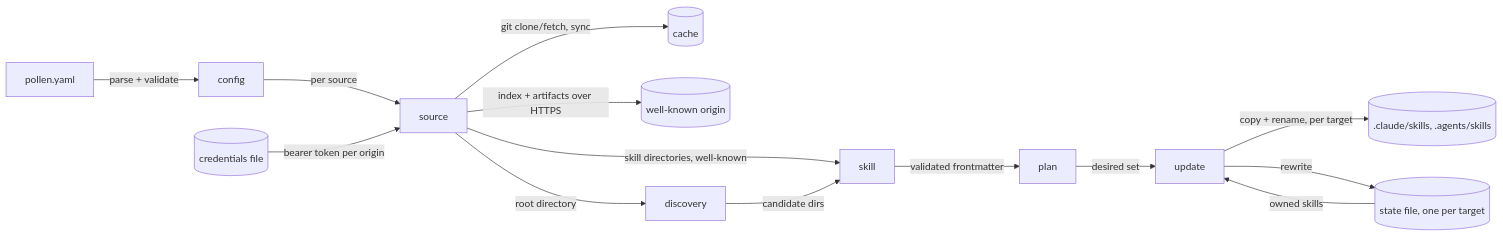
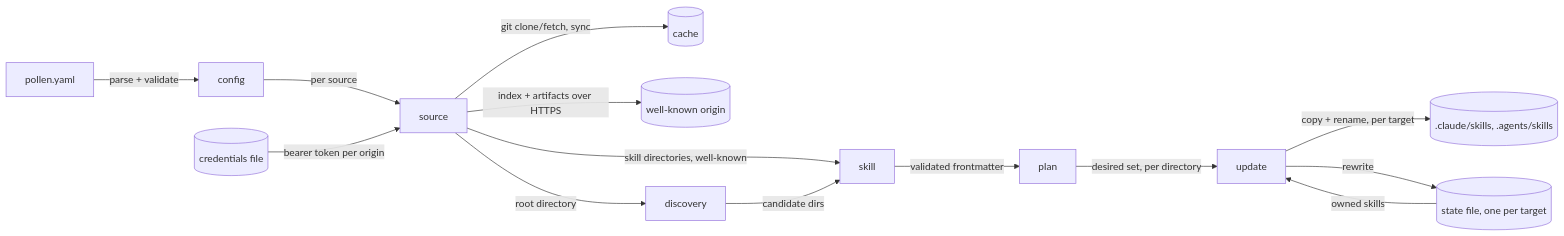
One commit to groupbees/pollen changed the diagram in ARCHITECTURE.md. Above: the diagram before and after it, drawn with Mermaid. The commit also changed other lines of this file and 28 other files, not shown here.

````diff
--- a/ARCHITECTURE.md
+++ b/ARCHITECTURE.md
@@ -15,16 +15,16 @@
 ```mermaid
 flowchart LR
     yaml["pollen.yaml"] -->|"parse + validate"| config["config"]
     config -->|"per source"| source["source"]
     source -->|"git clone/fetch, sync"| cache[("cache")]
     source -->|"index + artifacts over HTTPS"| origin[("well-known origin")]
     credentials[("credentials file")] -->|"bearer token per origin"| source
     source -->|"root directory"| discovery["discovery"]
     source -->|"skill directories, well-known"| skill["skill"]
     discovery -->|"candidate dirs"| skill
     skill -->|"validated frontmatter"| plan["plan"]
-    plan -->|"desired set"| update["update"]
+    plan -->|"desired set, per directory"| update["update"]
     state[("state file, one per target")] -->|"owned skills"| update
     update -->|"copy + rename, per target"| target[(".claude/skills, .agents/skills")]
     update -->|"rewrite"| state
 ```
````
